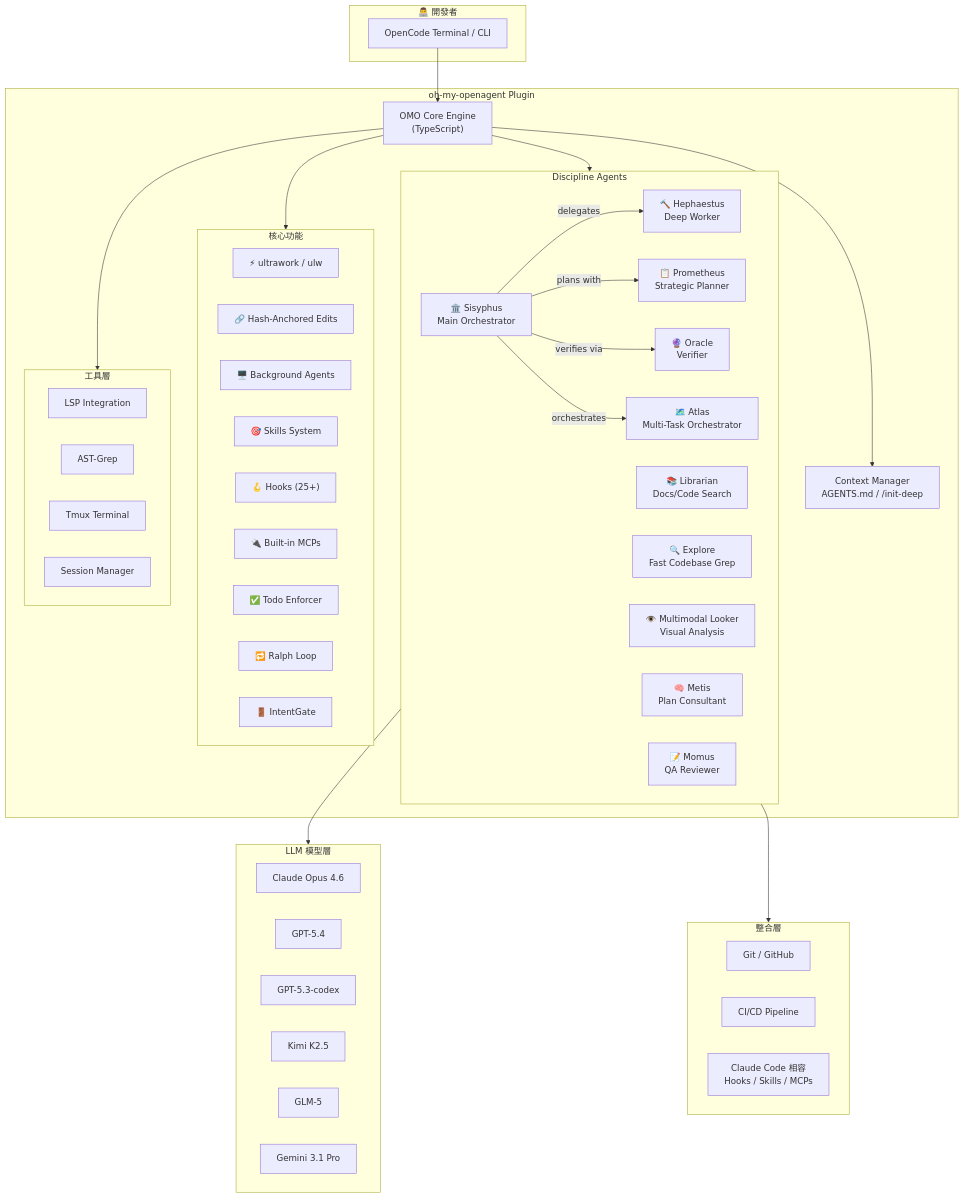
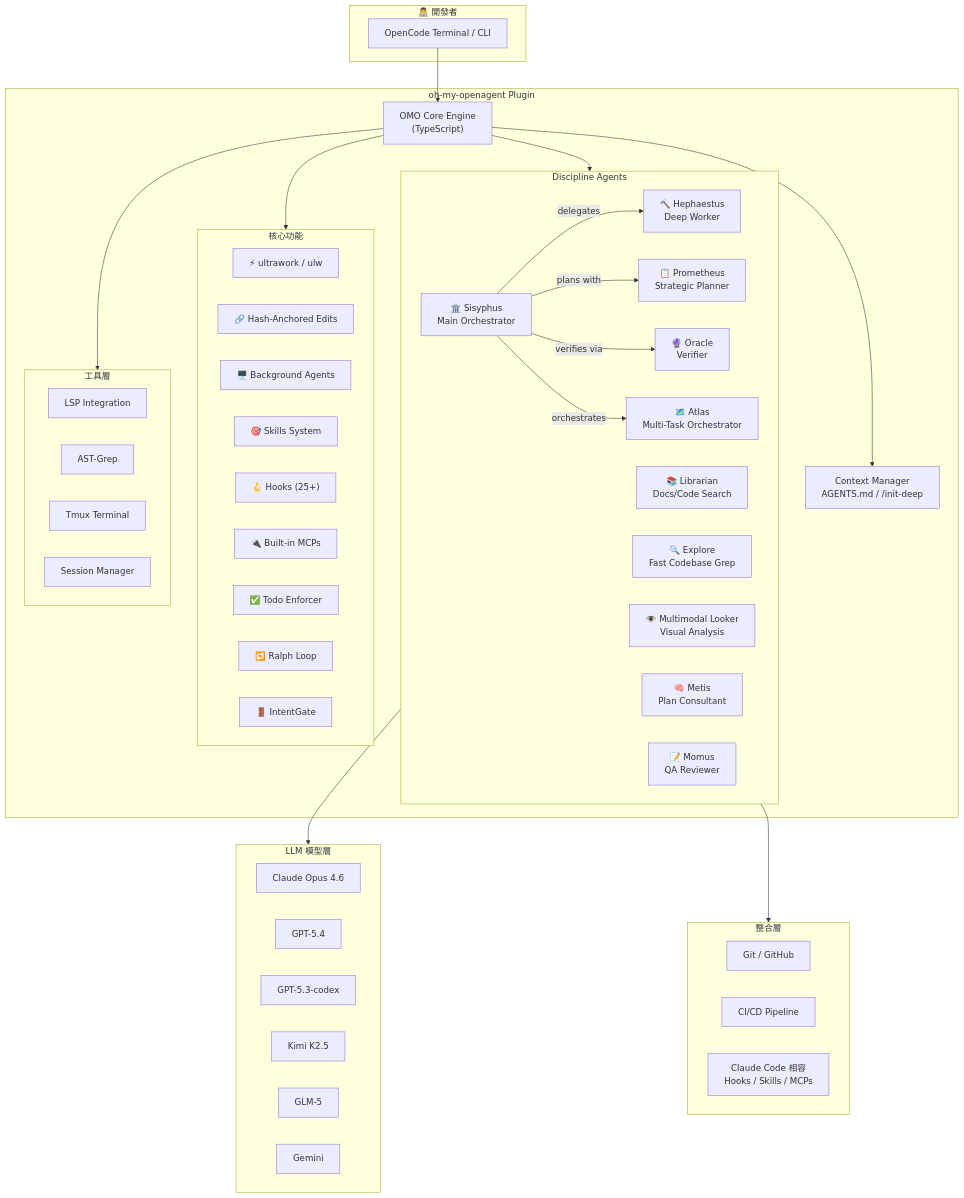
One commit to chihhung/Blog changed the first of 18 diagrams in content/posts/教學/AI開發/oh-my-openagent（Oh My OpenCode, OMO）教學手冊.md. Above: the diagram before and after it, drawn with Mermaid. The commit also changed other lines of this file, not shown here.

````diff
--- a/content/posts/教學/AI開發/oh-my-openagent（Oh My OpenCode, OMO）教學手冊.md
+++ b/content/posts/教學/AI開發/oh-my-openagent（Oh My OpenCode, OMO）教學手冊.md
@@ -153,71 +154,71 @@
 ```mermaid
 graph TB
     subgraph Developer["👨‍💻 開發者"]
         CLI["OpenCode Terminal / CLI"]
     end
 
     subgraph OMO["oh-my-openagent Plugin"]
         Core["OMO Core Engine<br/>(TypeScript)"]
         
         subgraph Agents["Discipline Agents"]
             Sisyphus["🏛️ Sisyphus<br/>Main Orchestrator"]
             Hephaestus["🔨 Hephaestus<br/>Deep Worker"]
             Prometheus["📋 Prometheus<br/>Strategic Planner"]
             Oracle["🔮 Oracle<br/>Verifier"]
             Atlas["🗺️ Atlas<br/>Multi-Task Orchestrator"]
             Librarian["📚 Librarian<br/>Docs/Code Search"]
             Explore["🔍 Explore<br/>Fast Codebase Grep"]
             Looker["👁️ Multimodal Looker<br/>Visual Analysis"]
             Metis["🧠 Metis<br/>Plan Consultant"]
             Momus["📝 Momus<br/>QA Reviewer"]
         end
 
         subgraph Features["核心功能"]
             Ultrawork["⚡ ultrawork / ulw"]
             Hashline["🔗 Hash-Anchored Edits"]
             BgAgents["🖥️ Background Agents"]
             Skills["🎯 Skills System"]
             Hooks["🪝 Hooks (25+)"]
             MCPs["🔌 Built-in MCPs"]
             TodoEnf["✅ Todo Enforcer"]
             RalphLoop["🔁 Ralph Loop"]
             IntentGate["🚪 IntentGate"]
         end
 
         subgraph Tools["工具層"]
             LSP["LSP Integration"]
             AST["AST-Grep"]
             Tmux["Tmux Terminal"]
             Session["Session Manager"]
         end
 
         Context["Context Manager<br/>AGENTS.md / /init-deep"]
     end
 
     subgraph Models["LLM 模型層"]
         Claude["Claude Opus 4.6"]
         GPT54["GPT-5.4"]
         GPT53["GPT-5.3-codex"]
         Kimi["Kimi K2.5"]
         GLM["GLM-5"]
-        Gemini["Gemini 3.1 Pro"]
+        Gemini["Gemini"]
     end
 
     subgraph Integration["整合層"]
         Git["Git / GitHub"]
         CICD["CI/CD Pipeline"]
         ClaudeCode["Claude Code 相容<br/>Hooks / Skills / MCPs"]
     end
 
     CLI --> Core
     Core --> Agents
     Core --> Features
     Core --> Tools
     Core --> Context
     Sisyphus -->|"delegates"| Hephaestus
     Sisyphus -->|"plans with"| Prometheus
     Sisyphus -->|"verifies via"| Oracle
     Sisyphus -->|"orchestrates"| Atlas
     Agents --> Models
     Agents --> Integration
 ```
````
